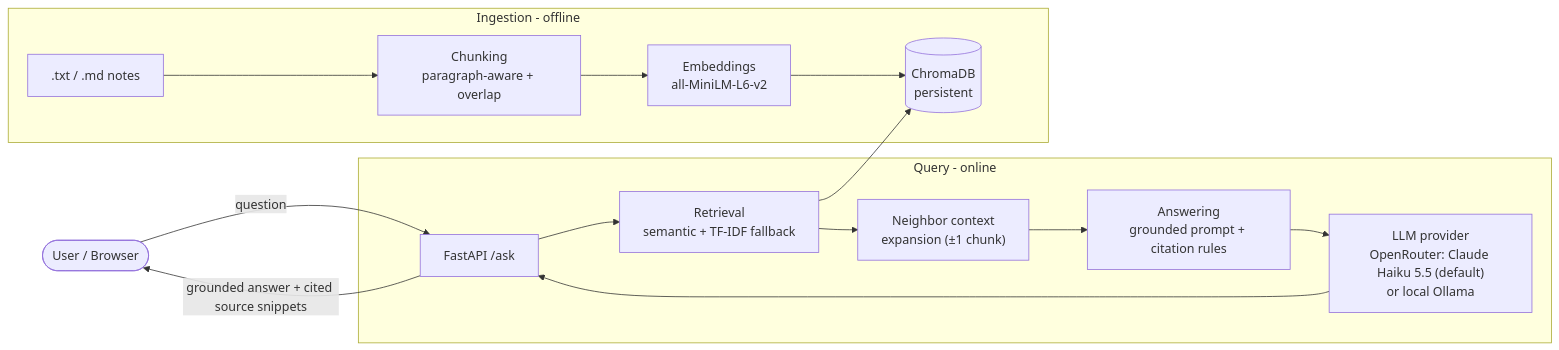
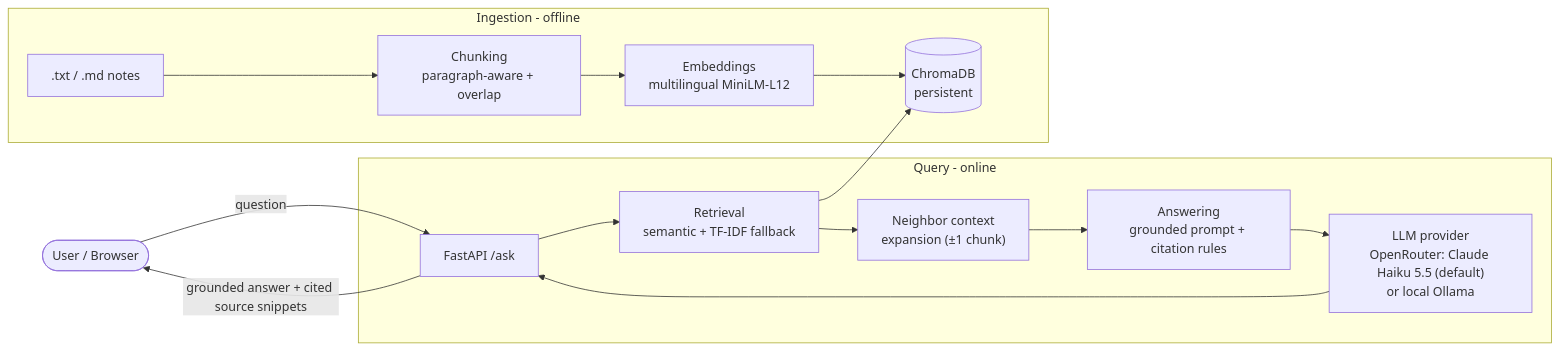
Before and after one commit to kat1478/notes-rag-assistant: the diagram in README.md, drawn with Mermaid. The commit also changed other lines of this file and 5 other files, not shown here.

Commit message:
docs: multilingual embeddings section, embedding comparison and before/after charts

````diff
--- a/README.md
+++ b/README.md
@@ -70,21 +70,21 @@
 ```mermaid
 flowchart LR
     U([User / Browser]) -->|question| API[FastAPI  /ask]
 
     subgraph Ingestion[Ingestion - offline]
         F[".txt / .md notes"] --> CH["Chunking<br/>paragraph-aware + overlap"]
-        CH --> EMB["Embeddings<br/>all-MiniLM-L6-v2"]
+        CH --> EMB["Embeddings<br/>multilingual MiniLM-L12"]
         EMB --> VDB[("ChromaDB<br/>persistent")]
     end
 
     subgraph Query[Query - online]
         API --> RET["Retrieval<br/>semantic + TF-IDF fallback"]
         RET --> VDB
         RET --> EXP["Neighbor context<br/>expansion (±1 chunk)"]
         EXP --> ANS["Answering<br/>grounded prompt + citation rules"]
         ANS --> LLM["LLM provider<br/>OpenRouter: Claude Haiku 5.5 (default)<br/>or local Ollama"]
         LLM --> API
     end
 
     API -->|grounded answer + cited source snippets| U
 ```
````
